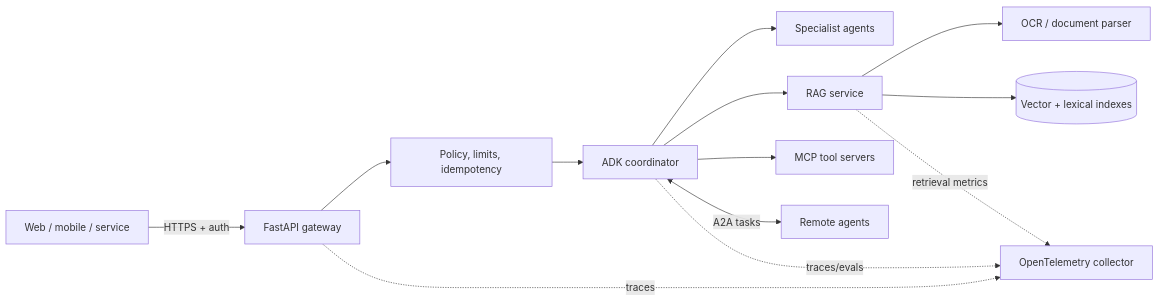
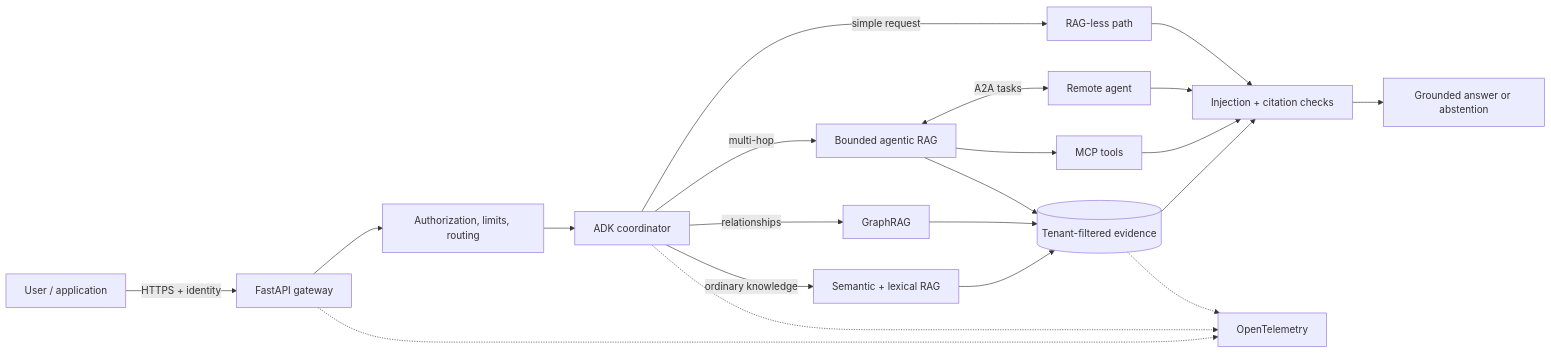
One commit to biswajitNanda223/AgentVerse changed the diagram in README.md. Above: the diagram before and after it, drawn with Mermaid. The commit also changed other lines of this file, not shown here.

````diff
--- a/README.md
+++ b/README.md
@@ -29,15 +53,23 @@
 ```mermaid
 flowchart LR
-  Client["Web / mobile / service"] -->|HTTPS + auth| API["FastAPI gateway"]
-  API --> Guard["Policy, limits, idempotency"]
-  Guard --> ADK["ADK coordinator"]
-  ADK --> Specialists["Specialist agents"]
-  ADK --> RAG["RAG service"]
-  RAG --> OCR["OCR / document parser"]
-  RAG --> Index[("Vector + lexical indexes")]
-  ADK --> MCP["MCP tool servers"]
-  ADK <-->|A2A tasks| Remote["Remote agents"]
-  API -. traces .-> OTel["OpenTelemetry collector"]
-  ADK -. traces/evals .-> OTel
-  RAG -. retrieval metrics .-> OTel
+  User["User / application"] -->|"HTTPS + identity"| API["FastAPI gateway"]
+  API --> Policy["Authorization, limits, routing"]
+  Policy --> ADK["ADK coordinator"]
+  ADK -->|"ordinary knowledge"| Semantic["Semantic + lexical RAG"]
+  ADK -->|"relationships"| Graph["GraphRAG"]
+  ADK -->|"multi-hop"| Agentic["Bounded agentic RAG"]
+  ADK -->|"simple request"| Ragless["RAG-less path"]
+  Semantic --> Evidence[("Tenant-filtered evidence")]
+  Graph --> Evidence
+  Agentic --> Evidence
+  Agentic --> MCP["MCP tools"]
+  Agentic <-->|"A2A tasks"| Peer["Remote agent"]
+  Evidence --> Guard["Injection + citation checks"]
+  MCP --> Guard
+  Peer --> Guard
+  Ragless --> Guard
+  Guard --> Answer["Grounded answer or abstention"]
+  API -.-> OTel["OpenTelemetry"]
+  ADK -.-> OTel
+  Evidence -.-> OTel
 ```
````
